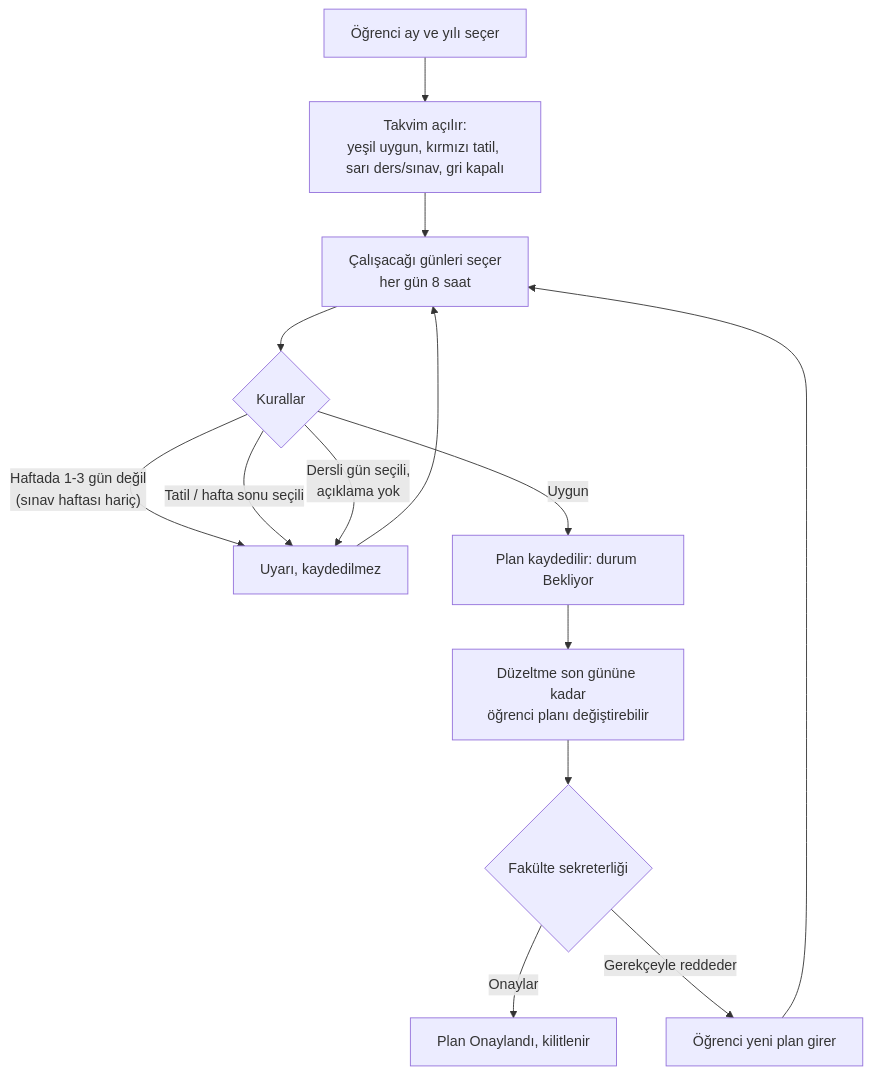
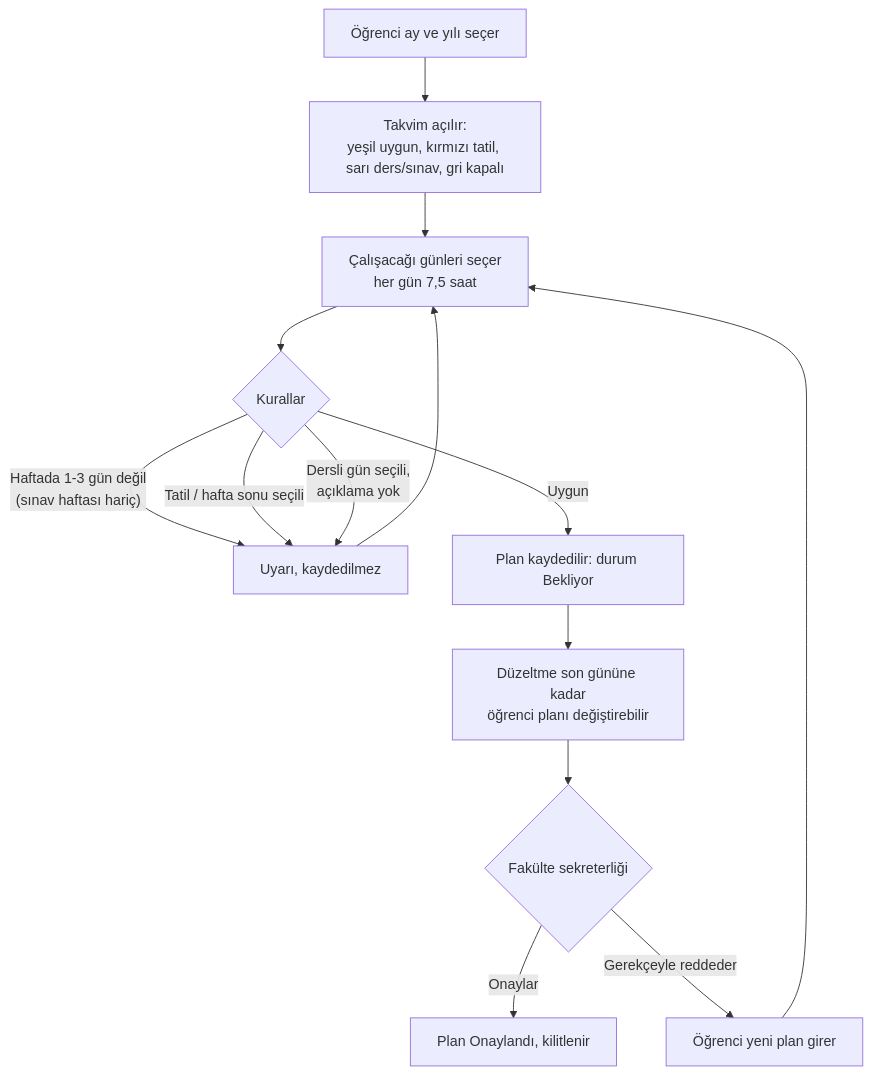
Before and after one commit to mcan-dev/iskur-otomasyon: the second of 8 diagrams in teslim/1_Arastirma/03_is_akislari.md, drawn with Mermaid. The commit also changed other lines of this file and 38 other files, not shown here.

````diff
--- a/teslim/1_Arastirma/03_is_akislari.md
+++ b/teslim/1_Arastirma/03_is_akislari.md
@@ -24,16 +24,16 @@
 ```mermaid
 flowchart TD
     A[Öğrenci ay ve yılı seçer] --> B[Takvim açılır:<br/>yeşil uygun, kırmızı tatil, sarı ders/sınav, gri kapalı]
-    B --> C[Çalışacağı günleri seçer<br/>her gün 8 saat]
+    B --> C[Çalışacağı günleri seçer<br/>her gün 7,5 saat]
     C --> D{Kurallar}
     D -- "Haftada 1-3 gün değil<br/>(sınav haftası hariç)" --> X[Uyarı, kaydedilmez]
     D -- Tatil / hafta sonu seçili --> X
     D -- "Dersli gün seçili,<br/>açıklama yok" --> X
     D -- Uygun --> E[Plan kaydedilir: durum Bekliyor]
     X --> C
     E --> F[Düzeltme son gününe kadar<br/>öğrenci planı değiştirebilir]
     F --> G{Fakülte sekreterliği}
     G -- Onaylar --> H[Plan Onaylandı, kilitlenir]
     G -- Gerekçeyle reddeder --> I[Öğrenci yeni plan girer]
     I --> C
 ```
````
